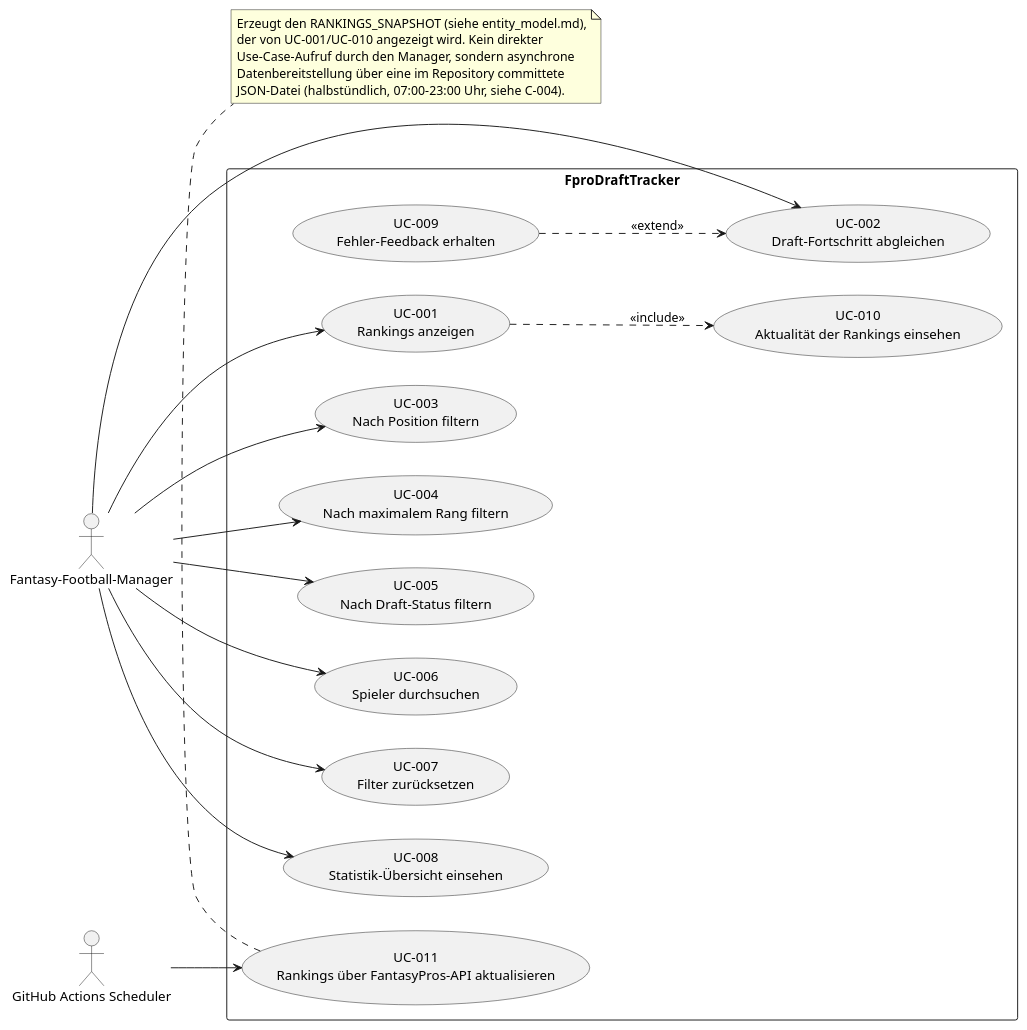
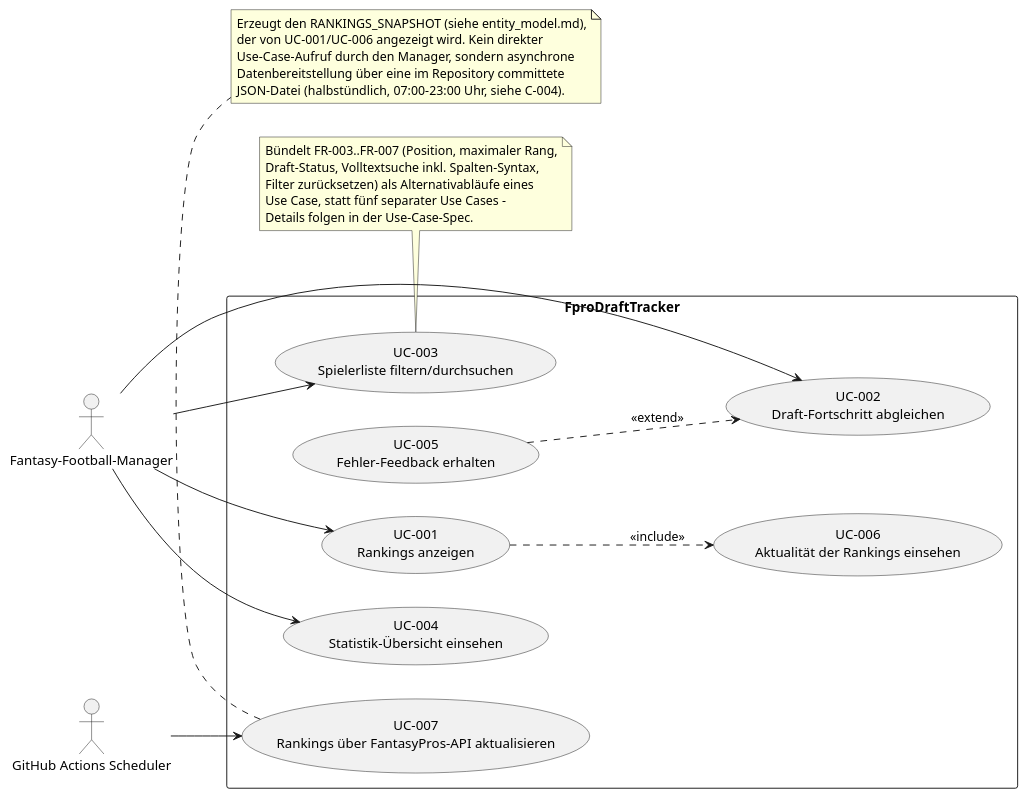
One commit to boesee/FproDraftTracker changed the diagram in docs/use_cases.puml. Above: the diagram before and after it, drawn with PlantUML.

Commit message:
Consolidate filter/search use cases to cut diagram redundancy
Merges the former UC-003..UC-007 (one per filter/search FR) into a single
UC-003 "Spielerliste filtern/durchsuchen", to be broken into alternate
flows per filter type in the use-case spec. Renumbers the remaining use
cases accordingly (UC-004..UC-007).

Claude-Session: https://claude.ai/code/session_019DXryr2Ms6x8wXnhZD51Tp

```diff
--- a/docs/use_cases.puml
+++ b/docs/use_cases.puml
@@ -1,43 +1,43 @@
 @startuml Use Cases Overview
 left to right direction
 
 actor "Fantasy-Football-Manager" as manager
 actor "GitHub Actions Scheduler" as scheduler
 
 rectangle "FproDraftTracker" {
   usecase "UC-001\nRankings anzeigen" as UC001
   usecase "UC-002\nDraft-Fortschritt abgleichen" as UC002
-  usecase "UC-003\nNach Position filtern" as UC003
-  usecase "UC-004\nNach maximalem Rang filtern" as UC004
-  usecase "UC-005\nNach Draft-Status filtern" as UC005
-  usecase "UC-006\nSpieler durchsuchen" as UC006
-  usecase "UC-007\nFilter zurücksetzen" as UC007
-  usecase "UC-008\nStatistik-Übersicht einsehen" as UC008
-  usecase "UC-009\nFehler-Feedback erhalten" as UC009
-  usecase "UC-010\nAktualität der Rankings einsehen" as UC010
-  usecase "UC-011\nRankings über FantasyPros-API aktualisieren" as UC011
+  usecase "UC-003\nSpielerliste filtern/durchsuchen" as UC003
+  usecase "UC-004\nStatistik-Übersicht einsehen" as UC004
+  usecase "UC-005\nFehler-Feedback erhalten" as UC005
+  usecase "UC-006\nAktualität der Rankings einsehen" as UC006
+  usecase "UC-007\nRankings über FantasyPros-API aktualisieren" as UC007
 }
 
 manager --> UC001
 manager --> UC002
 manager --> UC003
 manager --> UC004
-manager --> UC005
-manager --> UC006
-manager --> UC007
-manager --> UC008
 
-scheduler --> UC011
+scheduler --> UC007
 
-UC001 ..> UC010 : <<include>>
-UC009 ..> UC002 : <<extend>>
+UC001 ..> UC006 : <<include>>
+UC005 ..> UC002 : <<extend>>
 
-note bottom of UC011
+note bottom of UC003
+  Bündelt FR-003..FR-007 (Position, maximaler Rang,
+  Draft-Status, Volltextsuche inkl. Spalten-Syntax,
+  Filter zurücksetzen) als Alternativabläufe eines
+  Use Case, statt fünf separater Use Cases –
+  Details folgen in der Use-Case-Spec.
+end note
+
+note bottom of UC007
   Erzeugt den RANKINGS_SNAPSHOT (siehe entity_model.md),
-  der von UC-001/UC-010 angezeigt wird. Kein direkter
+  der von UC-001/UC-006 angezeigt wird. Kein direkter
   Use-Case-Aufruf durch den Manager, sondern asynchrone
   Datenbereitstellung über eine im Repository committete
   JSON-Datei (halbstündlich, 07:00–23:00 Uhr, siehe C-004).
 end note
 
 @enduml
```
